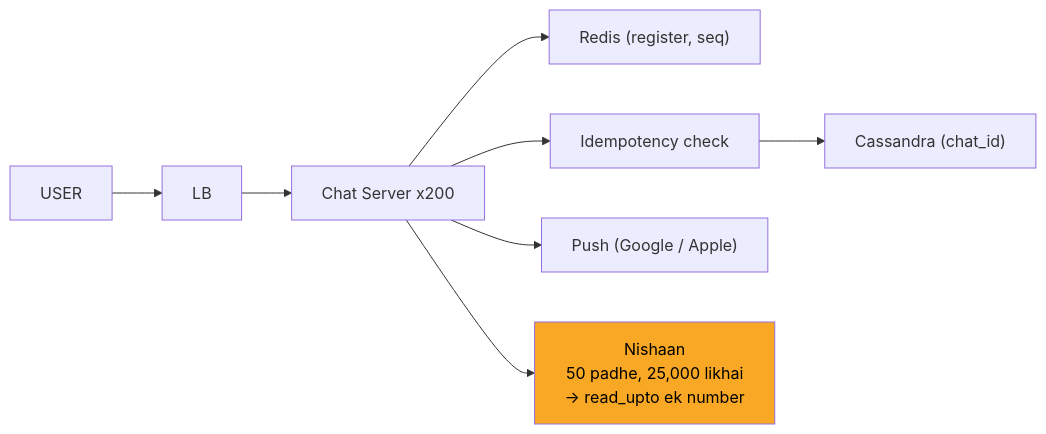
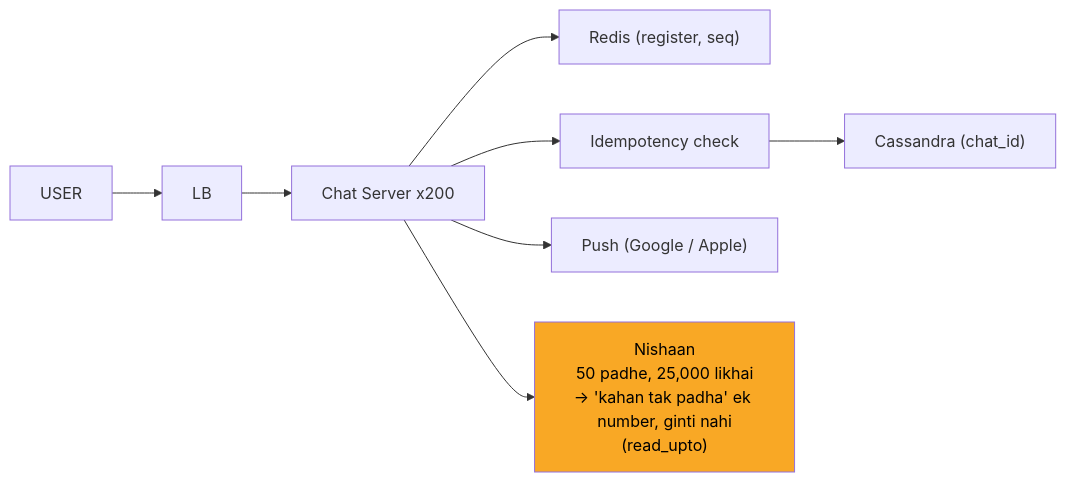
One commit to ArpanMaheshwari144/Prep changed the ninth of 12 diagrams in 04_HLD/SYSTEM_DESIGNS/14_chat_messaging/14_chat_messaging.md. Above: the diagram before and after it, drawn with Mermaid. The commit also changed other lines of this file and 13 other files, not shown here.

````diff
--- a/04_HLD/SYSTEM_DESIGNS/14_chat_messaging/14_chat_messaging.md
+++ b/04_HLD/SYSTEM_DESIGNS/14_chat_messaging/14_chat_messaging.md
@@ -344,19 +344,19 @@
 ```mermaid
 flowchart LR
     n_U["USER"]
     n_LB["LB"]
     n_CS["Chat Server x200"]
     n_R["Redis (register, seq)"]
     n_I["Idempotency check"]
     n_CA["Cassandra (chat_id)"]
     n_P["Push (Google / Apple)"]
-    n_NS["Nishaan<br/>50 padhe, 25,000 likhai<br/>-> read_upto ek number"]
+    n_NS["Nishaan<br/>50 padhe, 25,000 likhai<br/>-> 'kahan tak padha' ek number, ginti nahi<br/>(read_upto)"]
     n_U --> n_LB
     n_LB --> n_CS
     n_CS --> n_R
     n_CS --> n_I
     n_I --> n_CA
     n_CS --> n_P
     n_CS --> n_NS
     style n_NS fill:#f9a825,color:#000
 ```
````
